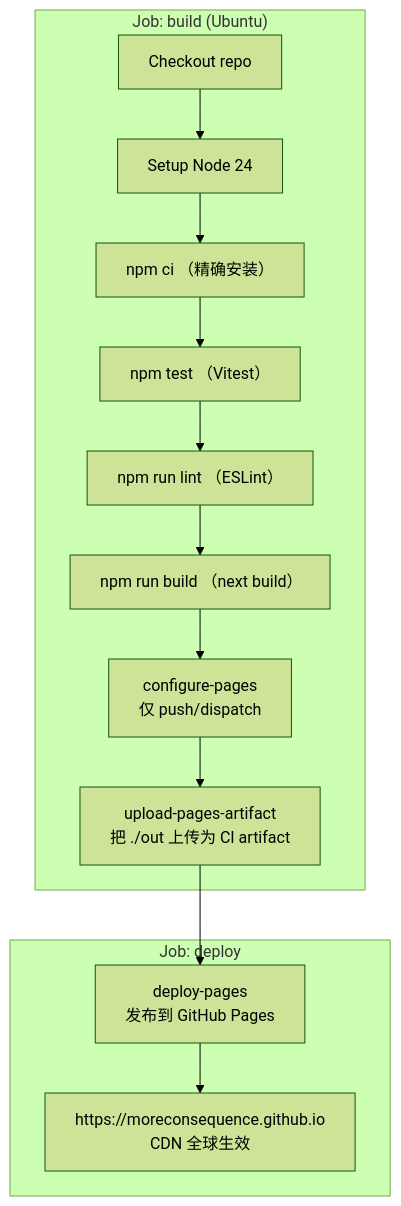
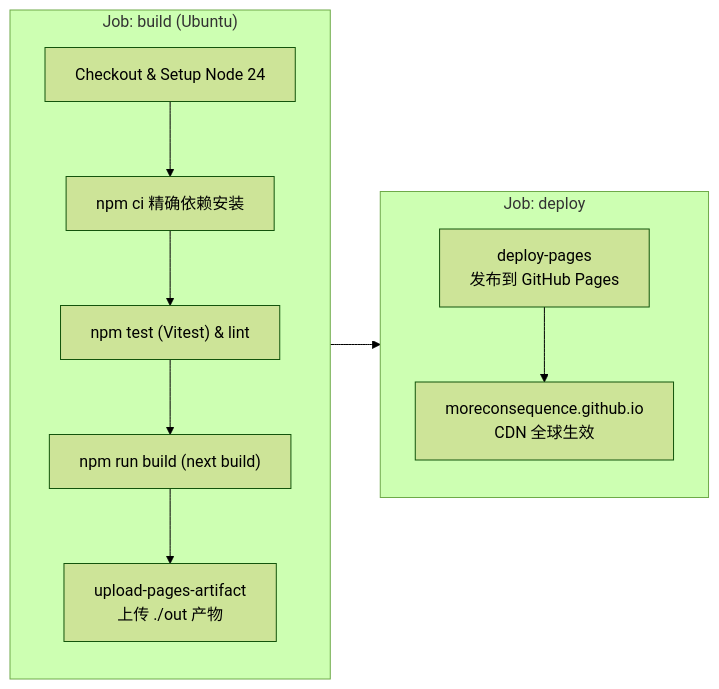
Before and after one commit to MoreConsequence/MoreConsequence.github.io: the sixth of 7 diagrams in content/posts/distributed-systems/inside-my-markdown-blog-architecture.md, drawn with Mermaid (forest theme). The commit also changed other lines of this file and 835 other files, not shown here.

First line of the commit message:
feat(blog): 全站33篇新增深度专栏与博文全量审核上线及矢量图表优化

````diff
--- a/content/posts/distributed-systems/inside-my-markdown-blog-architecture.md
+++ b/content/posts/distributed-systems/inside-my-markdown-blog-architecture.md
@@ -389,17 +389,16 @@
 ```mermaid
-flowchart TB
+flowchart LR
     subgraph Job1["Job: build (Ubuntu)"]
-        C1["Checkout repo"] --> C2["Setup Node 24"]
-        C2 --> C3["npm ci （精确安装）"]
-        C3 --> C4["npm test （Vitest）"]
-        C4 --> C5["npm run lint （ESLint）"]
-        C5 --> C6["npm run build （next build）"]
-        C6 --> C7["configure-pages<br/>仅 push/dispatch"]
-        C7 --> C8["upload-pages-artifact<br/>把 ./out 上传为 CI artifact"]
+        direction TB
+        C1["Checkout & Setup Node 24"] --> C3["npm ci 精确依赖安装"]
+        C3 --> C4["npm test (Vitest) & lint"]
+        C4 --> C6["npm run build (next build)"]
+        C6 --> C8["upload-pages-artifact<br/>上传 ./out 产物"]
     end
 
     subgraph Job2["Job: deploy"]
+        direction TB
         C8 --> D1["deploy-pages<br/>发布到 GitHub Pages"]
-        D1 --> D2["https://moreconsequence.github.io<br/>CDN 全球生效"]
+        D1 --> D2["moreconsequence.github.io<br/>CDN 全球生效"]
     end
 ```
````
